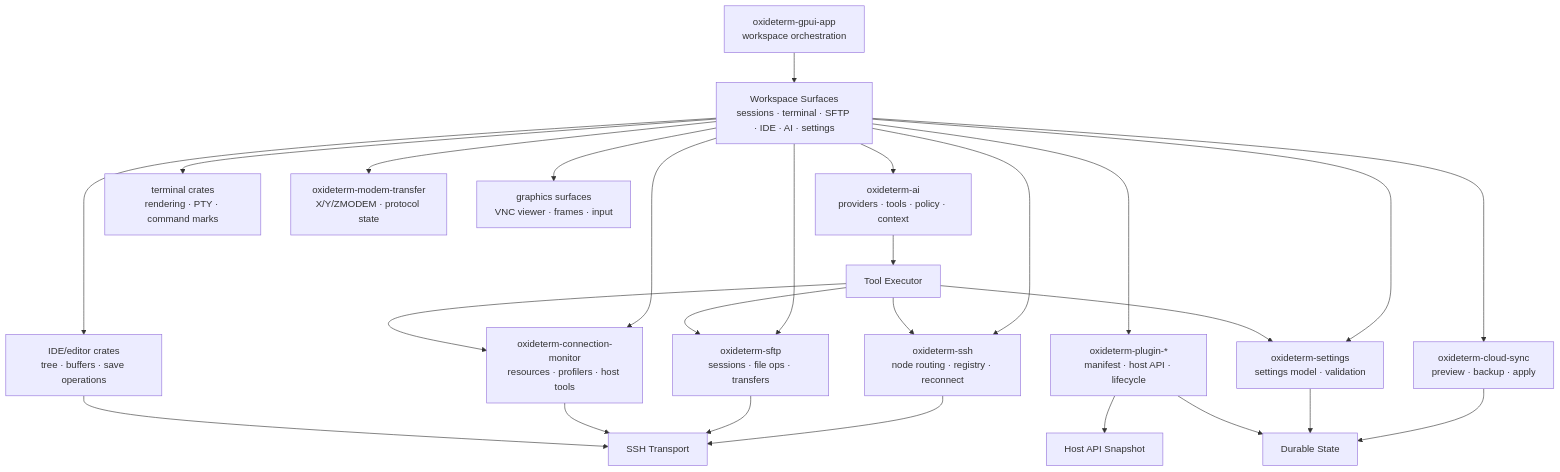
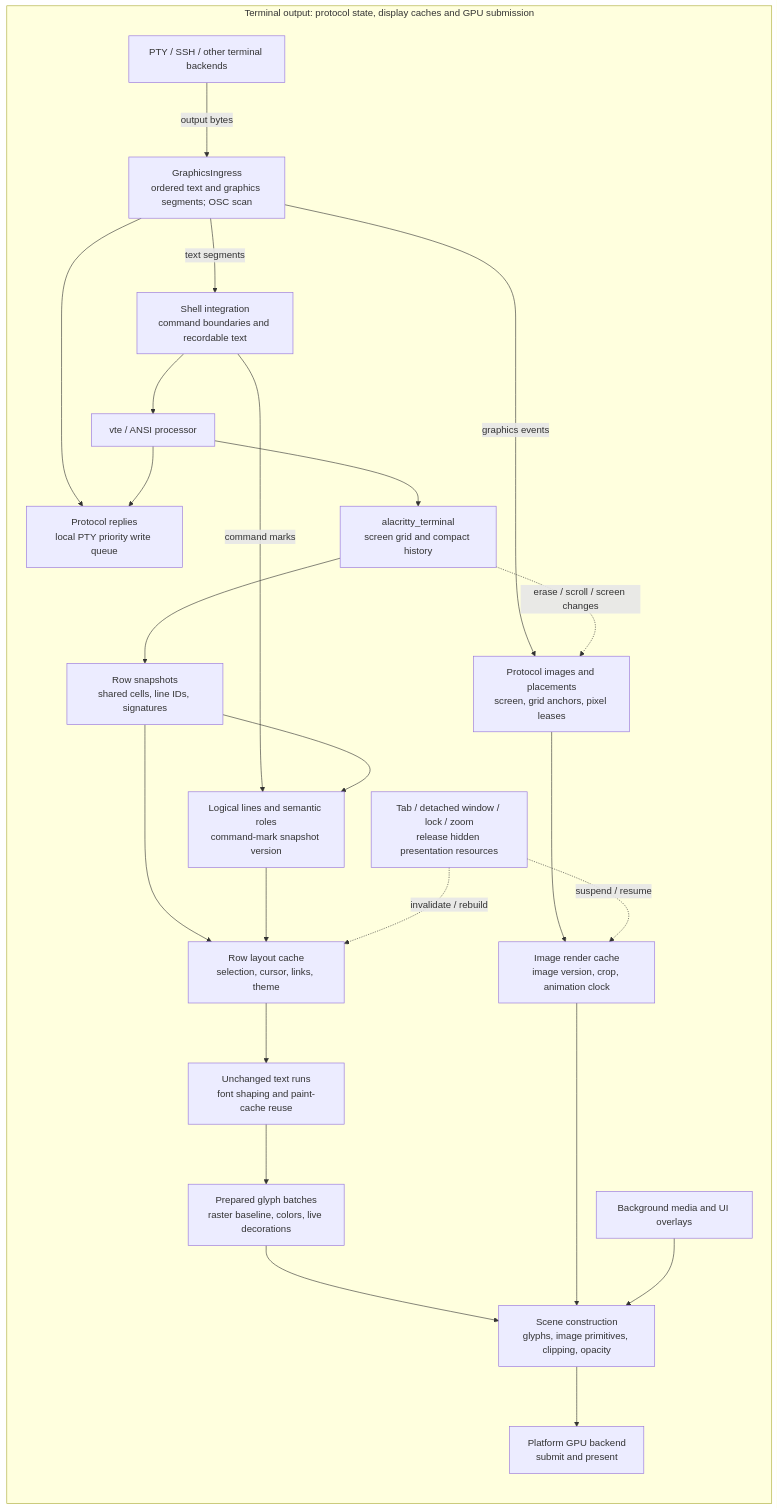
One commit to AnalyseDeCircuit/oxideterm changed the ninth of 46 diagrams in docs/user-guide/en/architecture.md. Above: the diagram before and after it, drawn with Mermaid. The commit also changed other lines of this file and 1 other file, not shown here.

Commit message:
docs(architecture): expand native subsystem diagrams and ownership flows

````diff
--- a/docs/user-guide/en/architecture.md
+++ b/docs/user-guide/en/architecture.md
@@ -1108,30 +716,47 @@
 ```mermaid
+%%{init: {"layout": "dagre", "flowchart": {"nodeSpacing": 45, "rankSpacing": 75, "curve": "basis"}}}%%
 flowchart TB
-    Workspace["oxideterm-gpui-app<br/>workspace orchestration"] --> AppSurfaces["Workspace Surfaces<br/>sessions · terminal · SFTP · IDE · AI · settings"]
+    subgraph TerminalFlow["Terminal output: protocol state, display caches and GPU submission"]
+        direction TB
+        Transport["PTY / SSH / other terminal backends"]
+        Ingress["GraphicsIngress<br/>ordered text and graphics segments; OSC scan"]
+        ShellMarks["Shell integration<br/>command boundaries and recordable text"]
+        Parser["vte / ANSI processor"]
+        TextGrid["alacritty_terminal<br/>screen grid and compact history"]
+        Snapshot["Row snapshots<br/>shared cells, line IDs, signatures"]
+        Roles["Logical lines and semantic roles<br/>command-mark snapshot version"]
+        RowLayout["Row layout cache<br/>selection, cursor, links, theme"]
+        RunCache["Unchanged text runs<br/>font shaping and paint-cache reuse"]
+        GlyphBatch["Prepared glyph batches<br/>raster baseline, colors, live decorations"]
+        Scene["Scene construction<br/>glyphs, image primitives, clipping, opacity"]
+        GPU["Platform GPU backend<br/>submit and present"]
+        ProtocolImages["Protocol images and placements<br/>screen, grid anchors, pixel leases"]
+        ImageCache["Image render cache<br/>image version, crop, animation clock"]
+        Replies["Protocol replies<br/>local PTY priority write queue"]
+        Visibility["Tab / detached window / lock / zoom<br/>release hidden presentation resources"]
+        Background["Background media and UI overlays"]
+    end
 
-    AppSurfaces --> SshDomain["oxideterm-ssh<br/>node routing · registry · reconnect"]
-    AppSurfaces --> SftpDomain["oxideterm-sftp<br/>sessions · file ops · transfers"]
-    AppSurfaces --> MonitorDomain["oxideterm-connection-monitor<br/>resources · profilers · host tools"]
-    AppSurfaces --> AiDomain["oxideterm-ai<br/>providers · tools · policy · context"]
-    AppSurfaces --> SettingsDomain["oxideterm-settings<br/>settings model · validation"]
-    AppSurfaces --> PluginDomain["oxideterm-plugin-*<br/>manifest · host API · lifecycle"]
-    AppSurfaces --> SyncDomain["oxideterm-cloud-sync<br/>preview · backup · apply"]
-    AppSurfaces --> TerminalDomain["terminal crates<br/>rendering · PTY · command marks"]
-    AppSurfaces --> ModemDomain["oxideterm-modem-transfer<br/>X/Y/ZMODEM · protocol state"]
-    AppSurfaces --> GraphicsDomain["graphics surfaces<br/>VNC viewer · frames · input"]
-    AppSurfaces --> IdeDomain["IDE/editor crates<br/>tree · buffers · save operations"]
-
-    SshDomain --> SshTransport["SSH Transport"]
-    SftpDomain --> SshTransport
-    MonitorDomain --> SshTransport
-    IdeDomain --> SshTransport
-    PluginDomain --> HostApi["Host API Snapshot"]
-    AiDomain --> ToolExecutor["Tool Executor"]
-    ToolExecutor --> SshDomain
-    ToolExecutor --> SftpDomain
-    ToolExecutor --> MonitorDomain
-    ToolExecutor --> SettingsDomain
-    SyncDomain --> DurableState["Durable State"]
-    SettingsDomain --> DurableState
-    PluginDomain --> DurableState
+    Transport -->|output bytes| Ingress
+    Ingress -->|text segments| ShellMarks
+    Ingress -->|graphics events| ProtocolImages
+    Ingress --> Replies
+    ShellMarks --> Parser
+    ShellMarks -->|command marks| Roles
+    Parser --> TextGrid
+    Parser --> Replies
+    TextGrid --> Snapshot
+    TextGrid -.->|erase / scroll / screen changes| ProtocolImages
+    Snapshot --> Roles
+    Snapshot --> RowLayout
+    Roles --> RowLayout
+    RowLayout --> RunCache
+    RunCache --> GlyphBatch
+    GlyphBatch --> Scene
+    Scene --> GPU
+    ProtocolImages --> ImageCache
+    ImageCache --> Scene
+    Visibility -.->|invalidate / rebuild| RowLayout
+    Visibility -.->|suspend / resume| ImageCache
+    Background --> Scene
 ```
````
